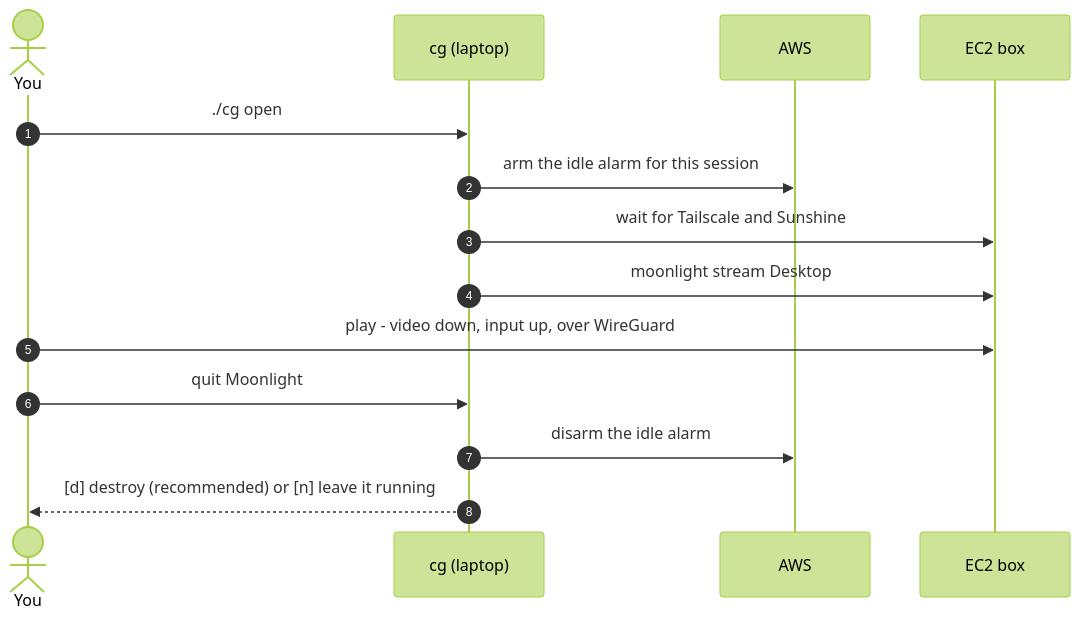
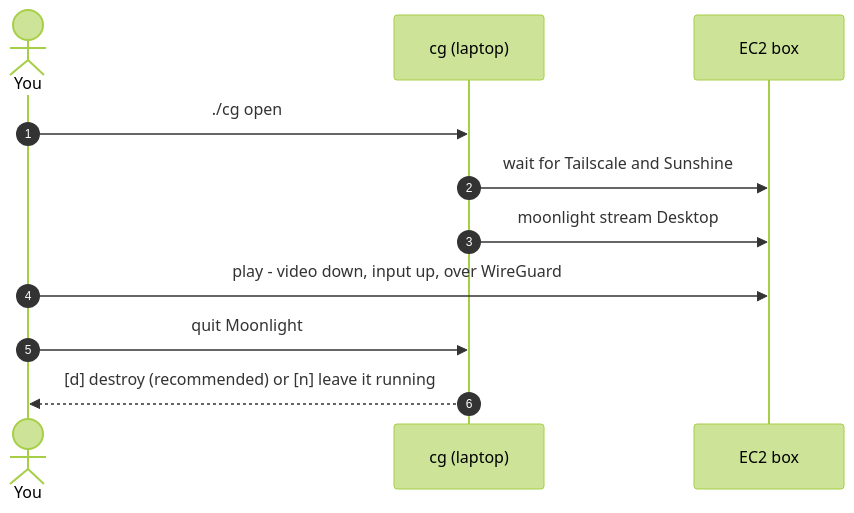
One commit to jebin2/aws_cloud_gaming changed the fifth of 7 diagrams in docs/architecture.md. Above: the diagram before and after it, drawn with Mermaid (forest theme). The commit also changed other lines of this file and 27 other files, not shown here.

First line of the commit message:
Remove the CloudWatch idle alarm; the cloud watchdog covers it

````diff
--- a/docs/architecture.md
+++ b/docs/architecture.md
@@ -134,17 +131,14 @@
 ```mermaid
 sequenceDiagram
   autonumber
   actor You
   participant cg as cg (laptop)
-  participant AWS
   participant EC2 as EC2 box
 
   You->>cg: ./cg open
-  cg->>AWS: arm the idle alarm for this session
   cg->>EC2: wait for Tailscale and Sunshine
   cg->>EC2: moonlight stream Desktop
   You->>EC2: play - video down, input up, over WireGuard
   You->>cg: quit Moonlight
-  cg->>AWS: disarm the idle alarm
   cg-->>You: [d] destroy (recommended) or [n] leave it running
 ```
````
